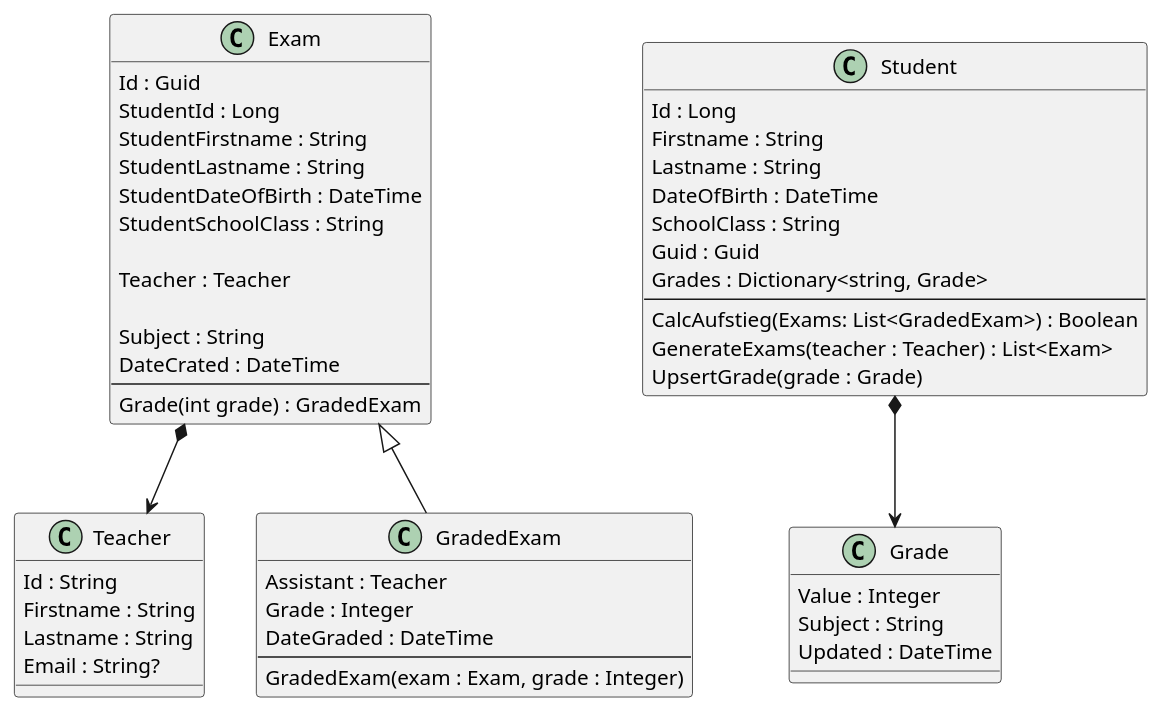
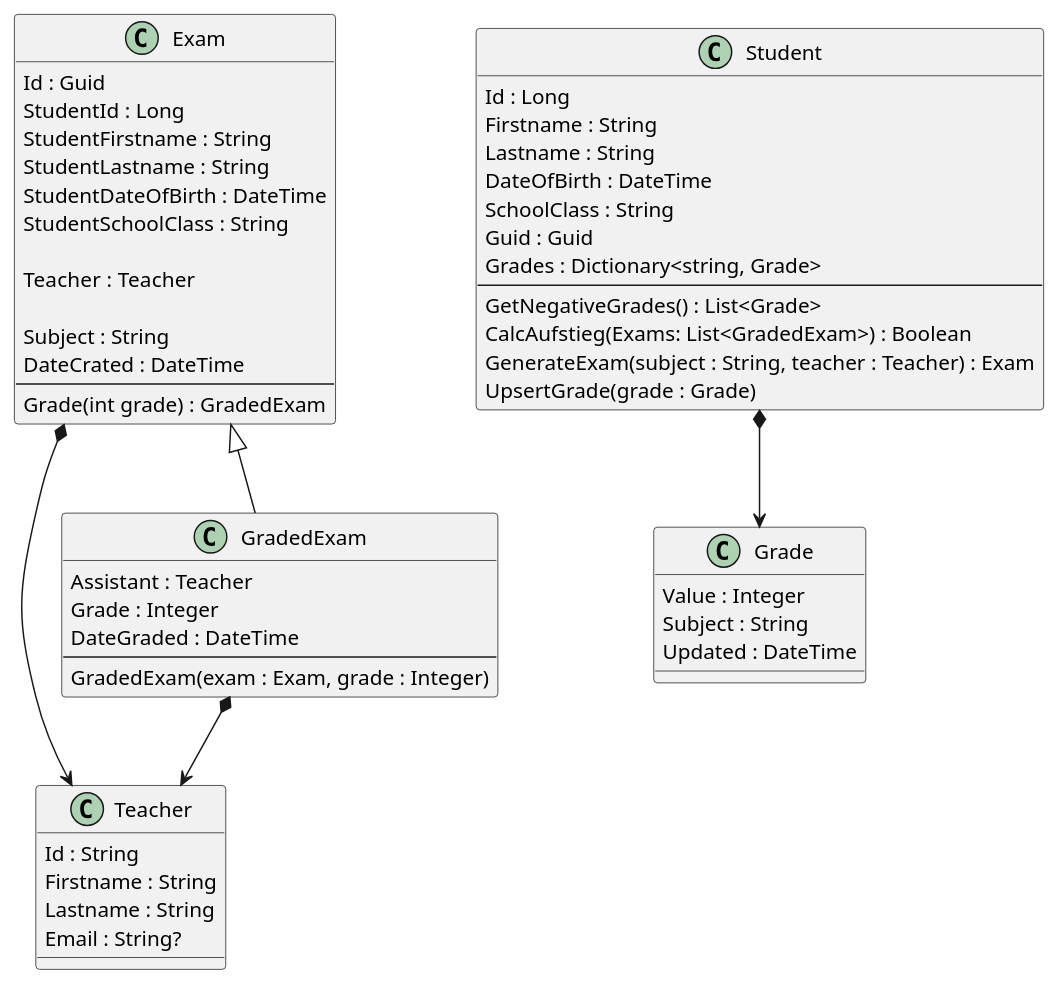
The diagram in 13_NoSQL/Projekt Pruefungsverwaltung/01 Modell.md (schletz/Dbi3Sem), drawn with PlantUML before and after one commit. The commit also changed 1 other file, not shown here.

````diff
--- a/13_NoSQL/Projekt Pruefungsverwaltung/01 Modell.md
+++ b/13_NoSQL/Projekt Pruefungsverwaltung/01 Modell.md
@@ -17,57 +17,59 @@
 ```plantuml
 @startuml
 class Student {
    Id : Long
    Firstname : String
    Lastname : String
    DateOfBirth : DateTime
    SchoolClass : String   
    Guid : Guid
    Grades : Dictionary<string, Grade>
    ---
+   GetNegativeGrades() : List<Grade>
    CalcAufstieg(Exams: List<GradedExam>) : Boolean
-   GenerateExams(teacher : Teacher) : List<Exam>
+   GenerateExam(subject : String, teacher : Teacher) : Exam
    UpsertGrade(grade : Grade)
 }
 
 class Grade {
     Value : Integer
     Subject : String
     Updated : DateTime
 }
 class Teacher {
     Id : String
     Firstname : String
     Lastname : String
     Email : String?
 }
 
 class Exam {
     Id : Guid
     StudentId : Long
     StudentFirstname : String
     StudentLastname : String
     StudentDateOfBirth : DateTime
     StudentSchoolClass : String
 
     Teacher : Teacher
 
     Subject : String
     DateCrated : DateTime
     ---
     Grade(int grade) : GradedExam
 }
 
 class GradedExam {
     Assistant : Teacher
     Grade : Integer
     DateGraded : DateTime
     ---
     GradedExam(exam : Exam, grade : Integer)
 }
 
 Exam *--> Teacher
+GradedExam *--> Teacher
 Student *--> Grade
 GradedExam -up-|> Exam
 @enduml
 ```
````
